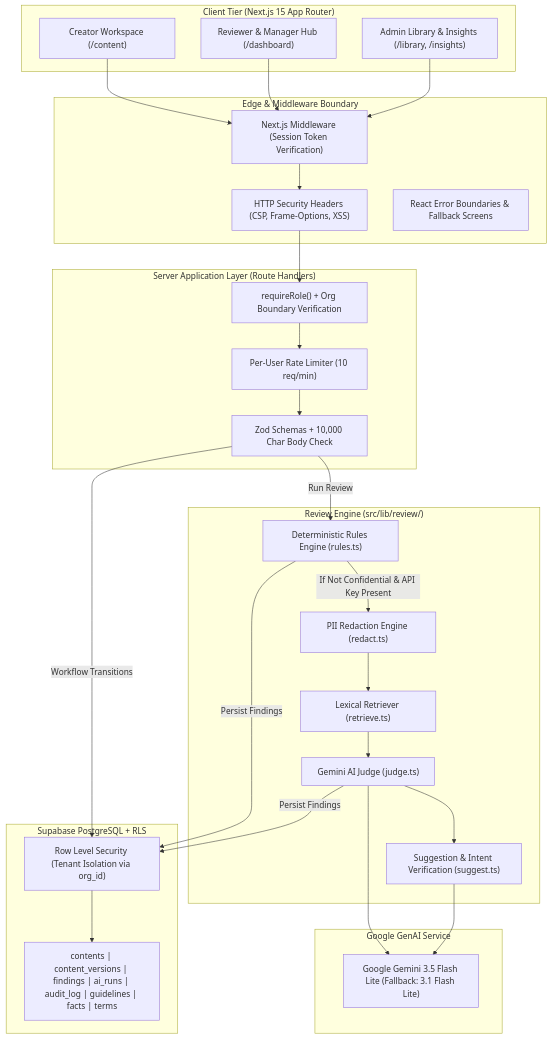
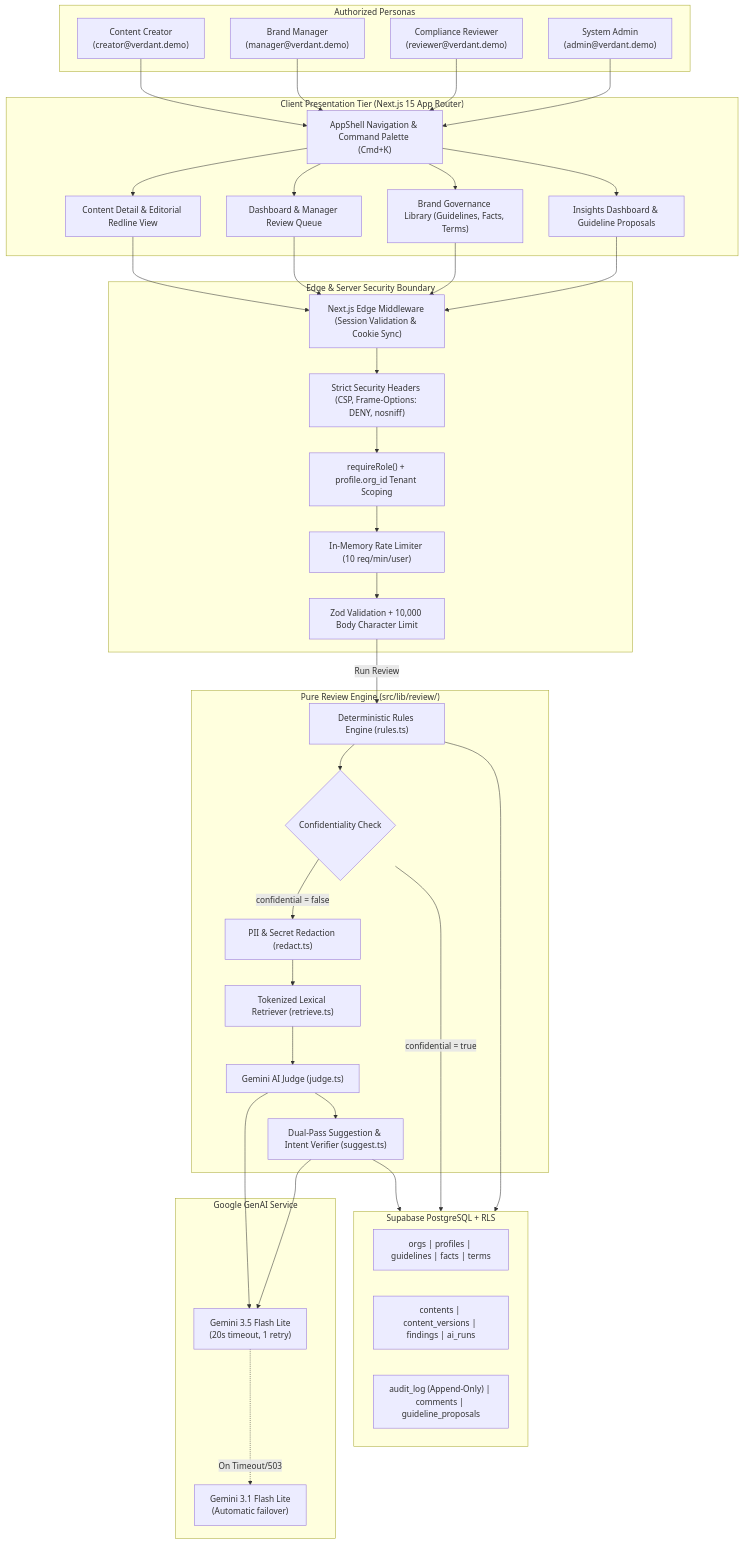
One commit to rawat-code/BrandLens changed the first of 3 diagrams in docs/ARCHITECTURE.md. Above: the diagram before and after it, drawn with Mermaid. The commit also changed other lines of this file and 2 other files, not shown here.

Commit message:
docs: update architecture, services catalog, and security/privacy specifications

````diff
--- a/docs/ARCHITECTURE.md
+++ b/docs/ARCHITECTURE.md
@@ -23,55 +11,61 @@
 ```mermaid
 flowchart TD
-    subgraph Client Layer ["Client Tier (Next.js 15 App Router)"]
-        UI_CREATOR["Creator Workspace (/content)"]
-        UI_REVIEWER["Reviewer & Manager Hub (/dashboard)"]
-        UI_ADMIN["Admin Library & Insights (/library, /insights)"]
+    subgraph Users ["Authorized Personas"]
+        CREATOR["Content Creator<br>(creator@verdant.demo)"]
+        MANAGER["Brand Manager<br>(manager@verdant.demo)"]
+        REVIEWER["Compliance Reviewer<br>(reviewer@verdant.demo)"]
+        ADMIN["System Admin<br>(admin@verdant.demo)"]
     end
 
-    subgraph Security & Routing ["Edge & Middleware Boundary"]
-        MIDDLEWARE["Next.js Middleware (Session Token Verification)"]
-        SEC_HEADERS["HTTP Security Headers (CSP, Frame-Options, XSS)"]
-        ERR_BOUND["React Error Boundaries & Fallback Screens"]
+    subgraph ClientLayer ["Client Presentation Tier (Next.js 15 App Router)"]
+        APP_SHELL["AppShell Navigation & Command Palette (Cmd+K)"]
+        VIEW_CONTENT["Content Detail & Editorial Redline View"]
+        VIEW_DASHBOARD["Dashboard & Manager Review Queue"]
+        VIEW_LIBRARY["Brand Governance Library (Guidelines, Facts, Terms)"]
+        VIEW_INSIGHTS["Insights Dashboard & Guideline Proposals"]
     end
 
-    subgraph Server API ["Server Application Layer (Route Handlers)"]
-        AUTH_GATE["requireRole() + Org Boundary Verification"]
-        RATE_LIMIT["Per-User Rate Limiter (10 req/min)"]
-        ZOD_VAL["Zod Schemas + 10,000 Char Body Check"]
+    subgraph SecurityBoundary ["Edge & Server Security Boundary"]
+        MIDDLEWARE["Next.js Edge Middleware (Session Validation & Cookie Sync)"]
+        SEC_HEADERS["Strict Security Headers (CSP, Frame-Options: DENY, nosniff)"]
+        AUTH_GATE["requireRole() + profile.org_id Tenant Scoping"]
+        RATE_LIMITER["In-Memory Rate Limiter (10 req/min/user)"]
+        INPUT_GUARD["Zod Validation + 10,000 Body Character Limit"]
     end
 
-    subgraph Review Engine ["Review Engine (src/lib/review/)"]
-        RULES["Deterministic Rules Engine (rules.ts)"]
-        PII["PII Redaction Engine (redact.ts)"]
-        LEXICAL["Lexical Retriever (retrieve.ts)"]
+    subgraph ReviewPipeline ["Pure Review Engine (src/lib/review/)"]
+        RULES_ENGINE["Deterministic Rules Engine (rules.ts)"]
+        CONFIDENTIAL_GATE{"Confidentiality Check"}
+        PII_REDACTOR["PII & Secret Redaction (redact.ts)"]
+        LEXICAL_RETRIEVER["Tokenized Lexical Retriever (retrieve.ts)"]
         AI_JUDGE["Gemini AI Judge (judge.ts)"]
-        SUGGEST["Suggestion & Intent Verification (suggest.ts)"]
+        SUGGEST_ENGINE["Dual-Pass Suggestion & Intent Verifier (suggest.ts)"]
     end
 
-    subgraph External AI ["Google GenAI Service"]
-        GEMINI["Google Gemini 3.5 Flash Lite (Fallback: 3.1 Flash Lite)"]
+    subgraph ExternalAI ["Google GenAI Service"]
+        GEMINI_PRIMARY["Gemini 3.5 Flash Lite<br>(20s timeout, 1 retry)"]
+        GEMINI_FALLBACK["Gemini 3.1 Flash Lite<br>(Automatic failover)"]
     end
 
-    subgraph Database Tier ["Supabase PostgreSQL + RLS"]
-        RLS["Row Level Security (Tenant Isolation via org_id)"]
-        TABLES["contents | content_versions | findings | ai_runs | audit_log | guidelines | facts | terms"]
+    subgraph StorageTier ["Supabase PostgreSQL + RLS"]
+        TABLES_CORE["orgs | profiles | guidelines | facts | terms"]
+        TABLES_CONTENT["contents | content_versions | findings | ai_runs"]
+        TABLES_AUDIT["audit_log (Append-Only) | comments | guideline_proposals"]
     end
 
-    UI_CREATOR --> MIDDLEWARE
-    UI_REVIEWER --> MIDDLEWARE
-    UI_ADMIN --> MIDDLEWARE
-    MIDDLEWARE --> SEC_HEADERS --> AUTH_GATE
-    AUTH_GATE --> RATE_LIMIT --> ZOD_VAL
+    CREATOR & MANAGER & REVIEWER & ADMIN --> APP_SHELL
+    APP_SHELL --> VIEW_CONTENT & VIEW_DASHBOARD & VIEW_LIBRARY & VIEW_INSIGHTS
+    VIEW_CONTENT & VIEW_DASHBOARD & VIEW_LIBRARY & VIEW_INSIGHTS --> MIDDLEWARE
+    MIDDLEWARE --> SEC_HEADERS --> AUTH_GATE --> RATE_LIMITER --> INPUT_GUARD
 
-    ZOD_VAL -->|Run Review| RULES
-    RULES -->|If Not Confidential & API Key Present| PII
-    PII --> LEXICAL --> AI_JUDGE
-    AI_JUDGE --> GEMINI
-    AI_JUDGE --> SUGGEST
-    SUGGEST --> GEMINI
-
-    RULES -->|Persist Findings| RLS
-    AI_JUDGE -->|Persist Findings| RLS
-    ZOD_VAL -->|Workflow Transitions| RLS
-    RLS --> TABLES
+    INPUT_GUARD -->|Run Review| RULES_ENGINE
+    RULES_ENGINE --> CONFIDENTIAL_GATE
+    CONFIDENTIAL_GATE -->|confidential = true| StorageTier
+    CONFIDENTIAL_GATE -->|confidential = false| PII_REDACTOR
+    PII_REDACTOR --> LEXICAL_RETRIEVER --> AI_JUDGE
+    AI_JUDGE --> GEMINI_PRIMARY
+    GEMINI_PRIMARY -.->|On Timeout/503| GEMINI_FALLBACK
+    AI_JUDGE --> SUGGEST_ENGINE --> GEMINI_PRIMARY
+    SUGGEST_ENGINE --> StorageTier
+    RULES_ENGINE --> StorageTier
 ```
````
